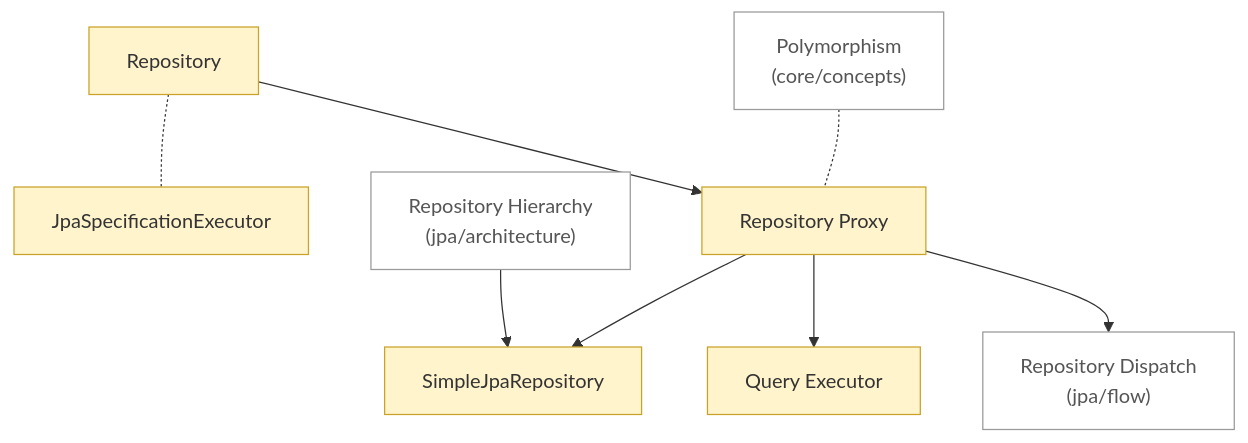
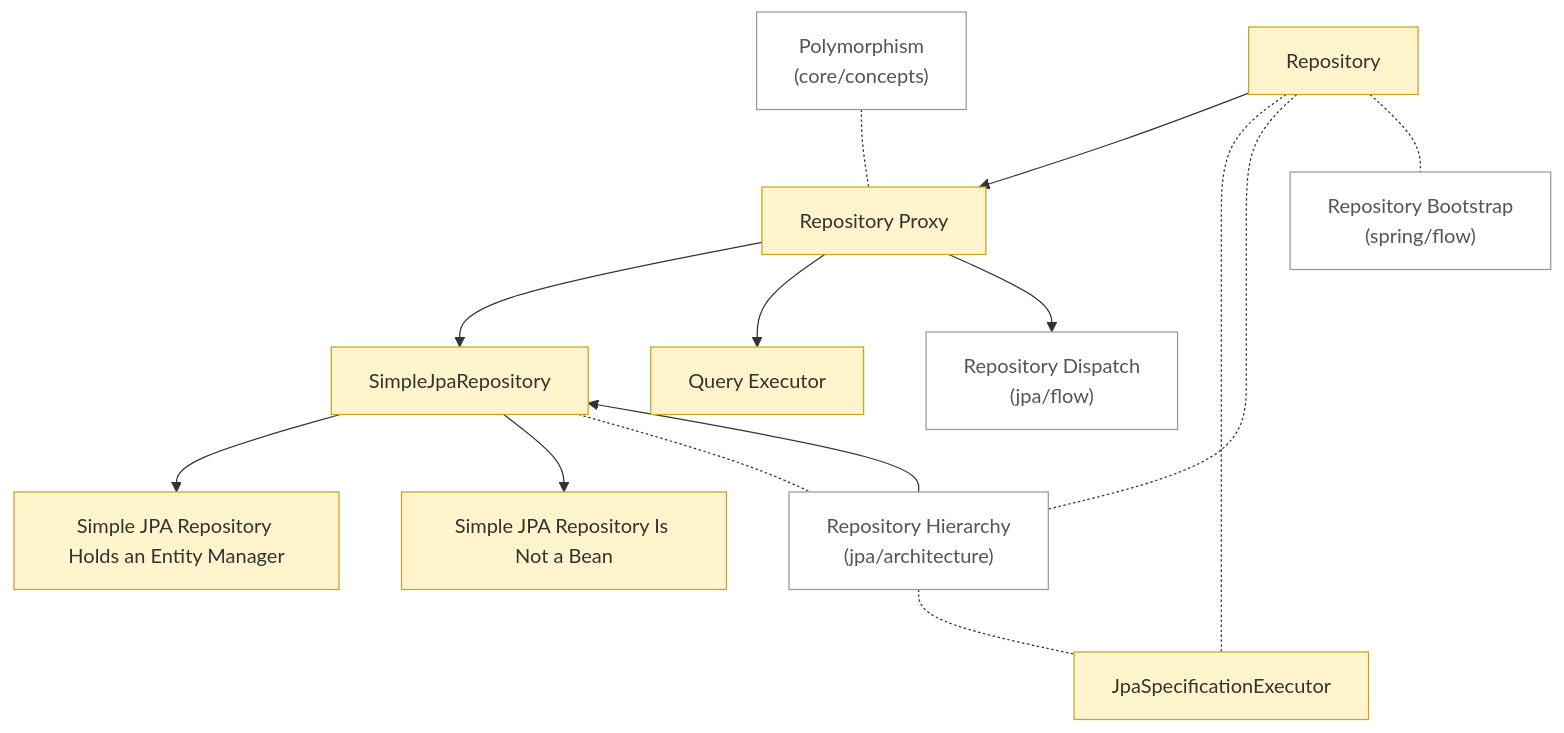
One commit to Pizza-Mozzarella/self-learning changed the diagram in notes/backend/spring/data/jpa/concepts/README.md. Above: the diagram before and after it, drawn with Mermaid. The commit also changed other lines of this file and 44 other files, not shown here.

````diff
--- a/notes/backend/spring/data/jpa/concepts/README.md
+++ b/notes/backend/spring/data/jpa/concepts/README.md
@@ -6,22 +6,31 @@
 ```mermaid
 flowchart TD
     n0["JpaSpecificationExecutor"]:::draft
     n1["Query Executor"]:::draft
     n2["Repository Proxy"]:::draft
     n3["Repository"]:::draft
-    n4["SimpleJpaRepository"]:::draft
-    n5["Repository Hierarchy<br/>(jpa/architecture)"]:::ext
-    n6["Repository Dispatch<br/>(jpa/flow)"]:::ext
-    n7["Polymorphism<br/>(core/concepts)"]:::ext
-    n5 --> n4
-    n2 --> n4
+    n4["Simple JPA Repository Holds an Entity Manager"]:::draft
+    n5["Simple JPA Repository Is Not a Bean"]:::draft
+    n6["SimpleJpaRepository"]:::draft
+    n7["Repository Hierarchy<br/>(jpa/architecture)"]:::ext
+    n8["Repository Dispatch<br/>(jpa/flow)"]:::ext
+    n9["Repository Bootstrap<br/>(spring/flow)"]:::ext
+    n10["Polymorphism<br/>(core/concepts)"]:::ext
+    n7 --> n6
+    n7 -.- n0
+    n2 --> n6
     n2 --> n1
-    n2 --> n6
+    n2 --> n8
     n3 --> n2
     n3 -.- n0
-    n7 -.- n2
+    n3 -.- n7
+    n3 -.- n9
+    n6 --> n4
+    n6 --> n5
+    n6 -.- n7
+    n10 -.- n2
     classDef stub fill:#eeeeee,stroke:#999999,stroke-dasharray:4 3,color:#555555
     classDef draft fill:#fff4cc,stroke:#c9a227,color:#333333
     classDef ok fill:#d8f0dc,stroke:#3a9d5d,color:#222222
     classDef ext fill:#ffffff,stroke:#999999,color:#555555
 ```
````
